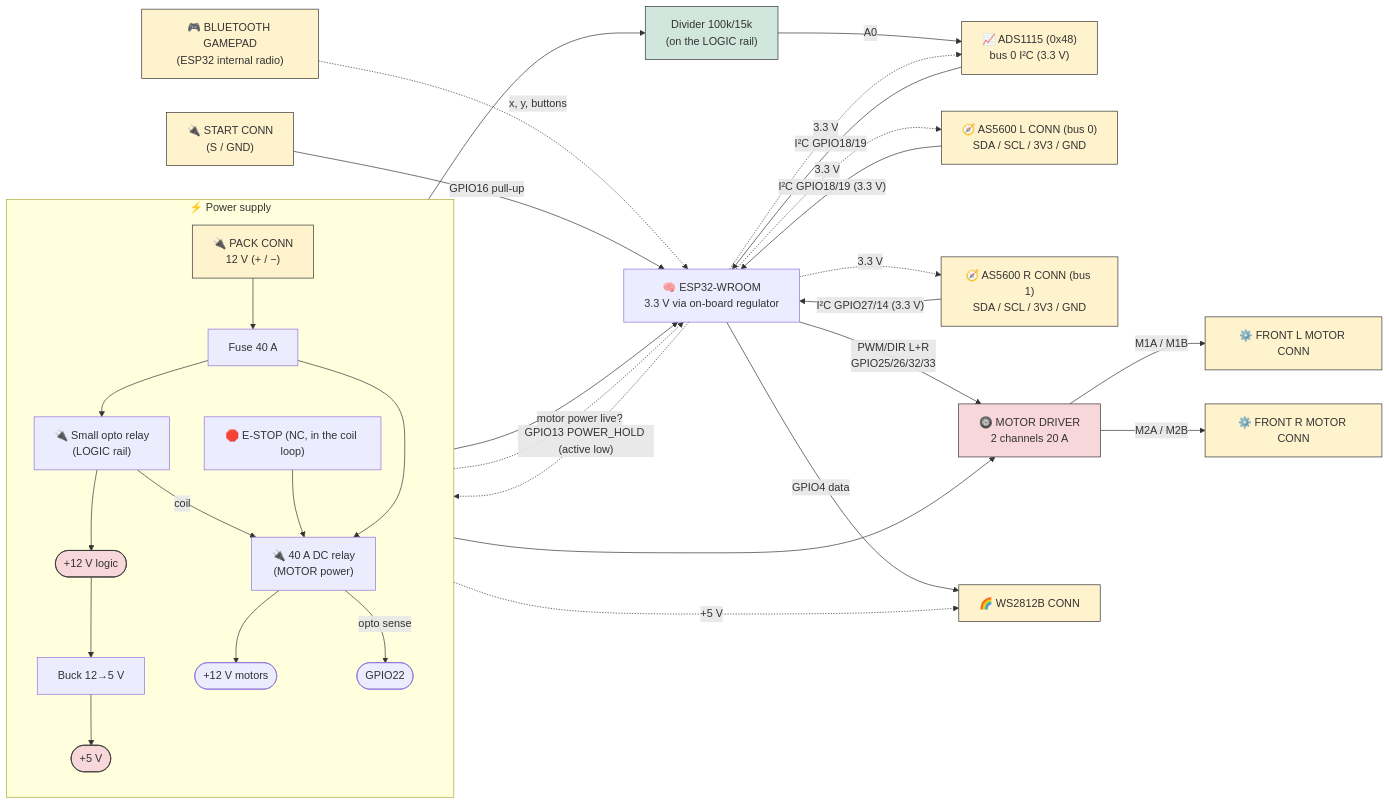
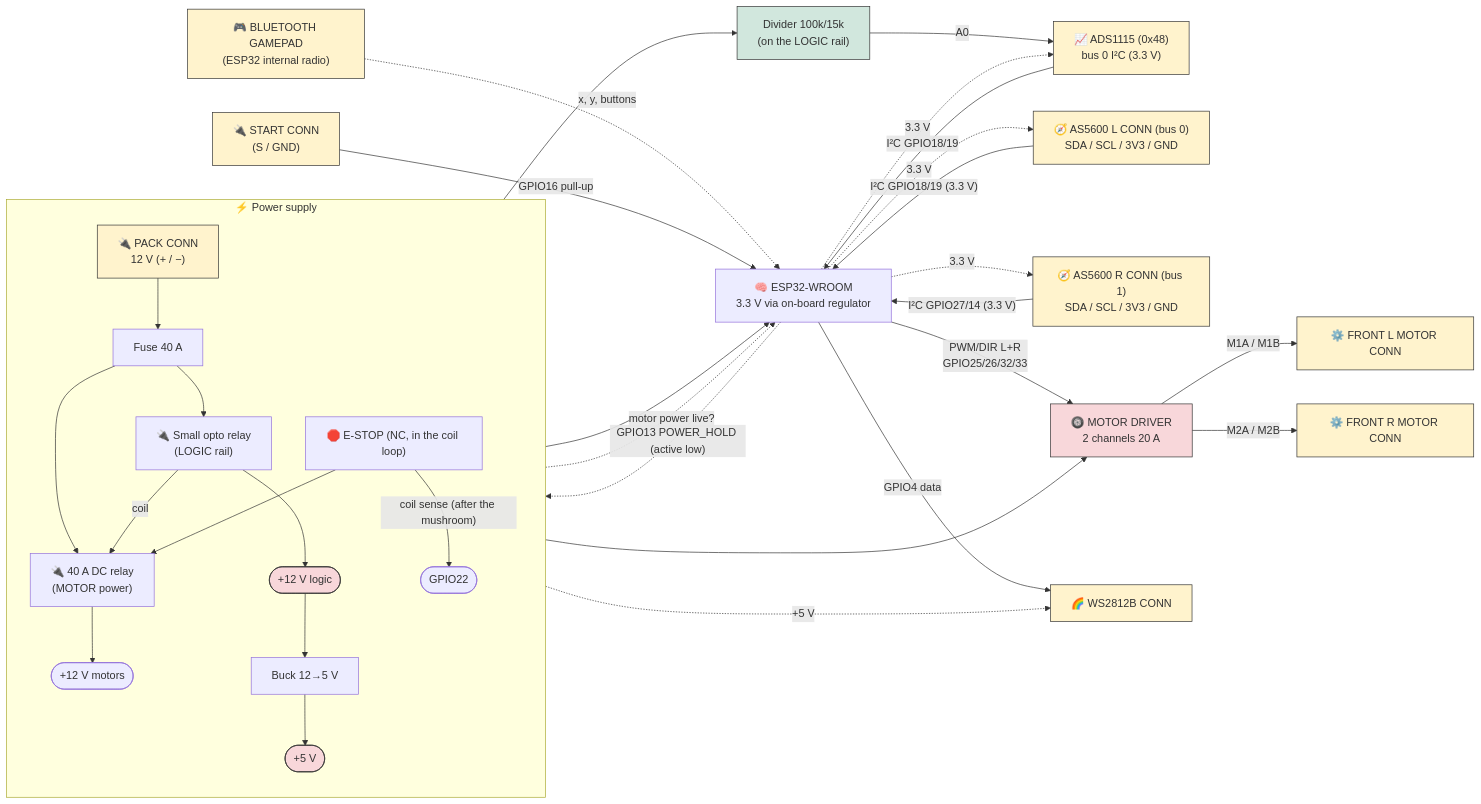
One commit to pinkymaxou/powered-soapbox-car changed the seventh of 10 diagrams in README.md. Above: the diagram before and after it, drawn with Mermaid. The commit also changed other lines of this file and 7 other files, not shown here.

````diff
--- a/README.md
+++ b/README.md
@@ -520,44 +520,44 @@
 ```mermaid
 flowchart LR
     subgraph PWR["⚡ Power supply"]
         direction TB
         PA["🔌 PACK CONN<br/>12 V (+ / −)"] --> FA["Fuse 40 A"] --> SR["🔌 Small opto relay<br/>(LOGIC rail)"]
         FA --> BR["🔌 40 A DC relay<br/>(MOTOR power)"]
         SR --> RAIL(["+12 V logic"])
         SR -->|"coil"| BR
         ESTOP["🛑 E-STOP (NC, in the coil loop)"] --> BR
         BR --> MPWR(["+12 V motors"])
-        BR -->|"opto sense"| SENSE(["GPIO22"])
+        ESTOP -->|"coil sense (after the mushroom)"| SENSE(["GPIO22"])
         RAIL --> BUCK["Buck 12→5 V"] --> V5(["+5 V"])
     end
 
     ESP["🧠 ESP32-WROOM<br/>3.3 V via on-board regulator"]
     V5 --> ESP
     ESP -. "GPIO13 POWER_HOLD (active low)" .-> SR
     SENSE -.->|"motor power live?"| ESP
 
     PAD["🎮 BLUETOOTH GAMEPAD<br/>(ESP32 internal radio)"] -.->|"x, y, buttons"| ESP
     RAIL --> DIVB["Divider 100k/15k<br/>(on the LOGIC rail)"] -->|"A0"| ADS["📈 ADS1115 (0x48)<br/>bus 0 I²C (3.3 V)"]
     ADS -->|"I²C GPIO18/19"| ESP
     EG["🧭 AS5600 L CONN (bus 0)<br/>SDA / SCL / 3V3 / GND"] -->|"I²C GPIO18/19 (3.3 V)"| ESP
     ED["🧭 AS5600 R CONN (bus 1)<br/>SDA / SCL / 3V3 / GND"] -->|"I²C GPIO27/14 (3.3 V)"| ESP
     BST["🔌 START CONN<br/>(S / GND)"] -->|"GPIO16 pull-up"| ESP
 
     ESP -->|"PWM/DIR L+R<br/>GPIO25/26/32/33"| DRV["🛞 MOTOR DRIVER<br/>2 channels 20 A"]
     RAIL --> DRV
     DRV -->|"M1A / M1B"| MG["⚙️ FRONT L MOTOR CONN"]
     DRV -->|"M2A / M2B"| MD["⚙️ FRONT R MOTOR CONN"]
     ESP -->|"GPIO4 data"| WS["🌈 WS2812B CONN"]
 
     V5 -. "+5 V" .-> WS
     ESP -. "3.3 V" .-> EG
     ESP -. "3.3 V" .-> ED
     ESP -. "3.3 V" .-> ADS
 
     classDef pwr fill:#f8d7da,stroke:#333;
     classDef conn fill:#fff3cd,stroke:#333;
     classDef cond fill:#d1e7dd,stroke:#333;
     class RAIL,V5,LATCH,DRV pwr;
     class PA,PB,PAD,EG,ED,ADS,BST,MG,MD,WS conn;
     class DIVB cond;
 ```
````
